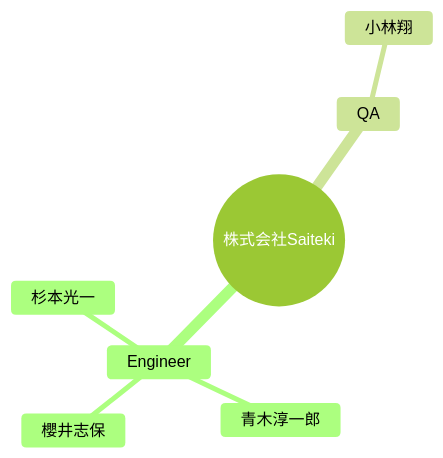
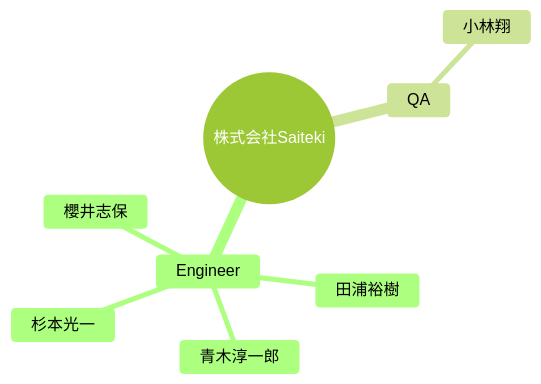
Before and after one commit to Saitekiinc-com/saiteki-employee-management: the diagram in docs/TEAM.md, drawn with Mermaid (forest theme). The commit also changed other lines of this file and 2 other files, not shown here.

Commit message:
Update employee data from Issue #8

````diff
--- a/docs/TEAM.md
+++ b/docs/TEAM.md
@@ -5,10 +5,11 @@
 ```mermaid
 mindmap
   root((株式会社Saiteki))
     Engineer
       杉本光一
       青木淳一郎
       櫻井志保
+      田浦裕樹
     QA
       小林翔
 ```
````
